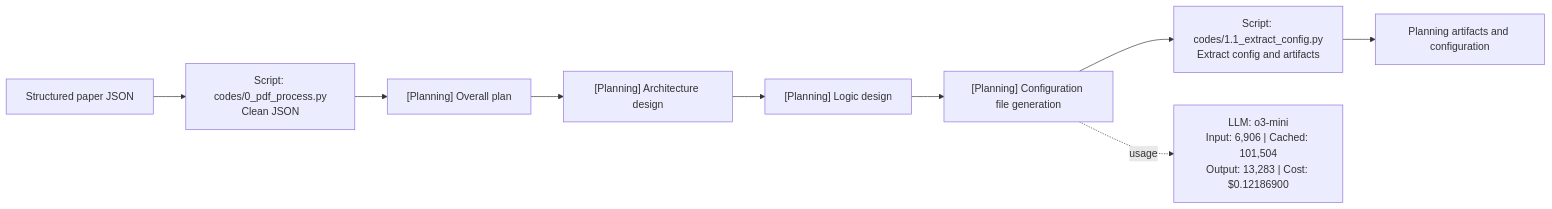
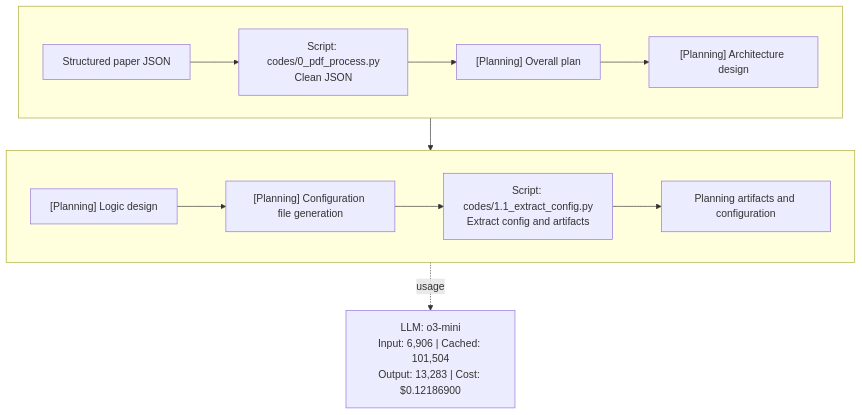
One commit to jimthompson5802/paper2code-ple changed the second of 5 diagrams in README.md. Above: the diagram before and after it, drawn with Mermaid. The commit also changed other lines of this file, not shown here.

Commit message:
Refactor flowcharts in README.md for improved clarity and organization

````diff
--- a/README.md
+++ b/README.md
@@ -81,8 +81,14 @@
 ```mermaid
-flowchart LR
-  json[Structured paper JSON] --> clean[Script: codes/0_pdf_process.py<br/>Clean JSON]
-  clean --> plan["[Planning] Overall plan"] --> architecture["[Planning] Architecture design"] --> logic["[Planning] Logic design"] --> config["[Planning] Configuration file generation"]
-  config --> extract[Script: codes/1.1_extract_config.py<br/>Extract config and artifacts] --> output[Planning artifacts and configuration]
+flowchart TB
+  subgraph planning_top[" "]
+    direction LR
+    json[Structured paper JSON] --> clean[Script: codes/0_pdf_process.py<br/>Clean JSON] --> plan["[Planning] Overall plan"] --> architecture["[Planning] Architecture design"]
+  end
+  subgraph planning_bottom[" "]
+    direction LR
+    logic["[Planning] Logic design"] --> config["[Planning] Configuration file generation"] --> extract[Script: codes/1.1_extract_config.py<br/>Extract config and artifacts] --> output[Planning artifacts and configuration]
+  end
+  architecture --> logic
   planning_usage["LLM: o3-mini<br/>Input: 6,906 | Cached: 101,504<br/>Output: 13,283 | Cost: $0.12186900"]
   config -. usage .-> planning_usage
 ```
````
